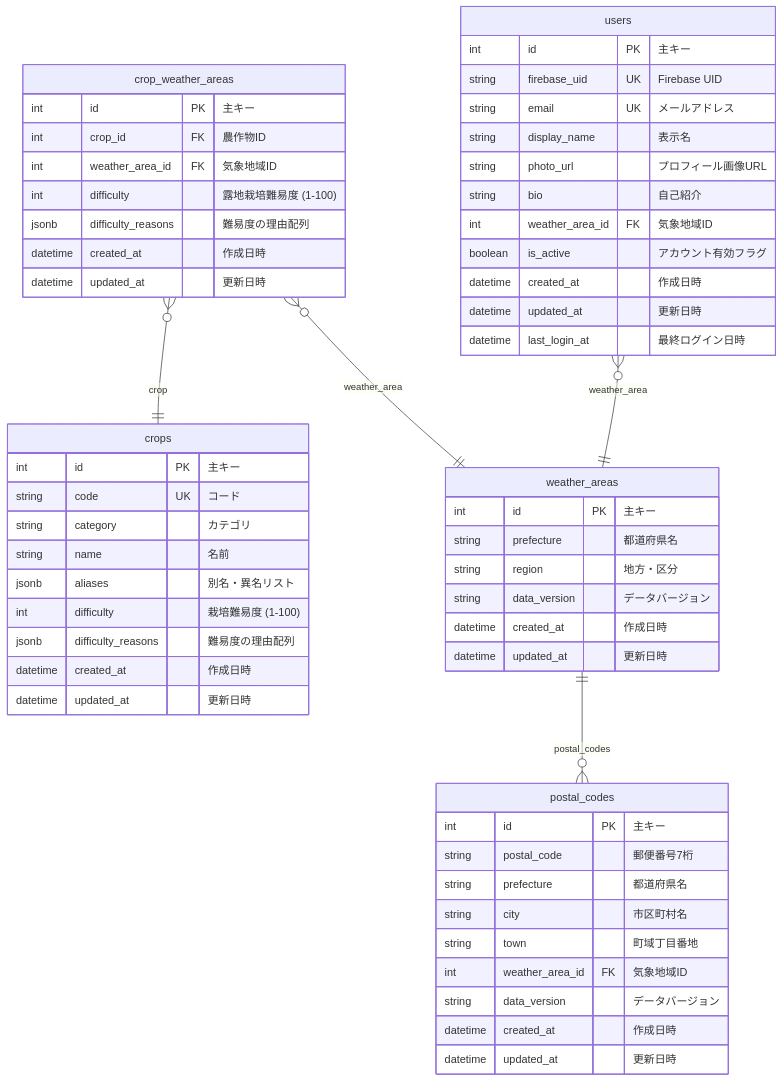
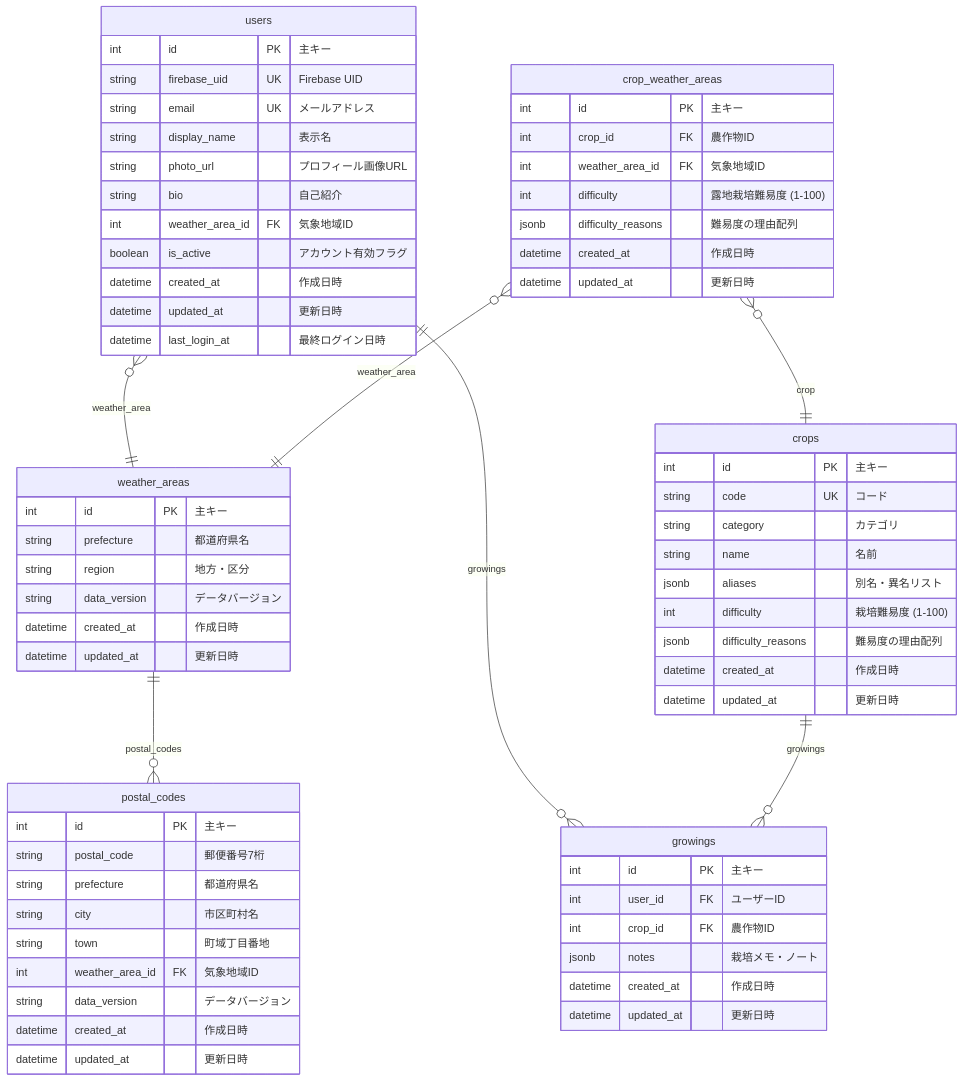
Before and after one commit to oletok/hatake2k-be: the diagram in ERD.mermaid, drawn with Mermaid. The commit also changed 9 other files, not shown here.

```diff
--- a/ERD.mermaid
+++ b/ERD.mermaid
@@ -1,65 +1,76 @@
 erDiagram
-    %% 自動生成されたER図 - 2025-07-19 13:07:44
+    %% 自動生成されたER図 - 2025-07-19 15:48:23
 
     users {
         int id PK "主キー"
         string firebase_uid UK "Firebase UID"
         string email UK "メールアドレス"
         string display_name "表示名"
         string photo_url "プロフィール画像URL"
         string bio "自己紹介"
         int weather_area_id FK "気象地域ID"
         boolean is_active "アカウント有効フラグ"
         datetime created_at "作成日時"
         datetime updated_at "更新日時"
         datetime last_login_at "最終ログイン日時"
     }
 
     crops {
         int id PK "主キー"
         string code UK "コード"
         string category "カテゴリ"
         string name "名前"
         jsonb aliases "別名・異名リスト"
         int difficulty "栽培難易度 (1-100)"
         jsonb difficulty_reasons "難易度の理由配列"
         datetime created_at "作成日時"
         datetime updated_at "更新日時"
     }
 
     crop_weather_areas {
         int id PK "主キー"
         int crop_id FK "農作物ID"
         int weather_area_id FK "気象地域ID"
         int difficulty "露地栽培難易度 (1-100)"
         jsonb difficulty_reasons "難易度の理由配列"
         datetime created_at "作成日時"
         datetime updated_at "更新日時"
     }
 
     weather_areas {
         int id PK "主キー"
         string prefecture "都道府県名"
         string region "地方・区分"
         string data_version "データバージョン"
         datetime created_at "作成日時"
         datetime updated_at "更新日時"
     }
 
+    growings {
+        int id PK "主キー"
+        int user_id FK "ユーザーID"
+        int crop_id FK "農作物ID"
+        jsonb notes "栽培メモ・ノート"
+        datetime created_at "作成日時"
+        datetime updated_at "更新日時"
+    }
+
     postal_codes {
         int id PK "主キー"
         string postal_code "郵便番号7桁"
         string prefecture "都道府県名"
         string city "市区町村名"
         string town "町域丁目番地"
         int weather_area_id FK "気象地域ID"
         string data_version "データバージョン"
         datetime created_at "作成日時"
         datetime updated_at "更新日時"
     }
 
     %% Relations
     users }o--|| weather_areas : "weather_area"
+    users ||--o{ growings : "growings"
+    crops ||--o{ growings : "growings"
     crop_weather_areas }o--|| crops : "crop"
     crop_weather_areas }o--|| weather_areas : "weather_area"
     weather_areas ||--o{ postal_codes : "postal_codes"
```
